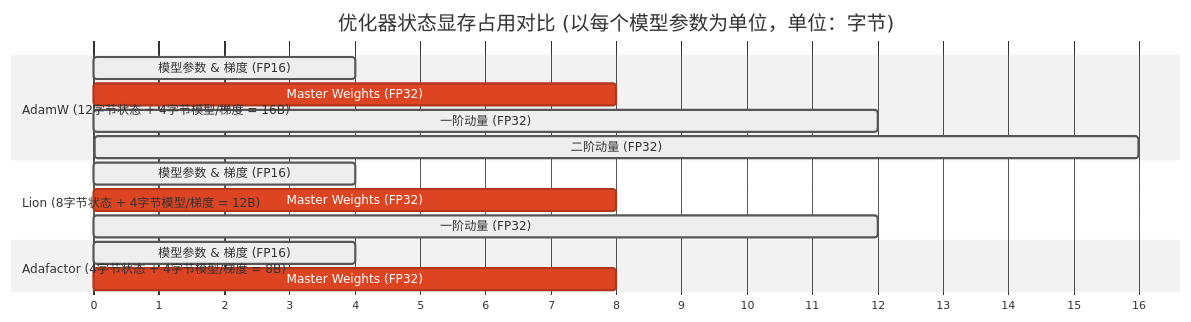
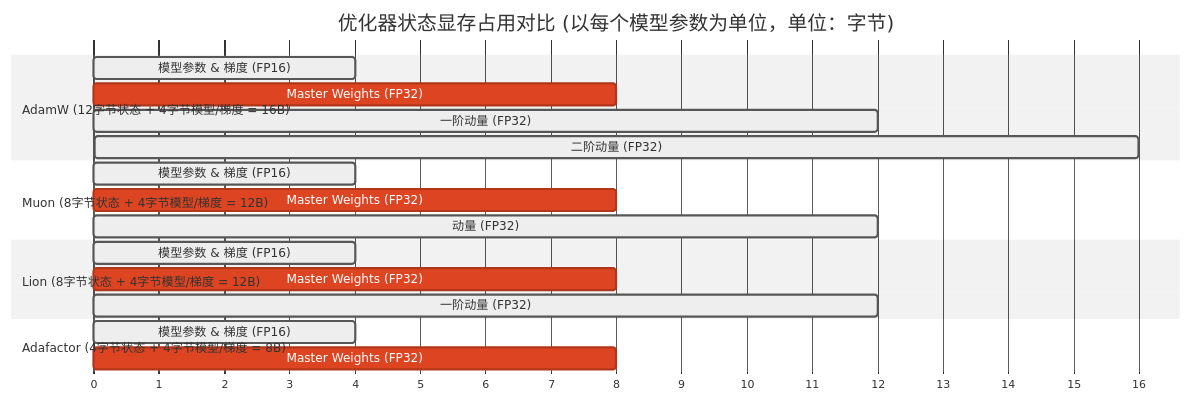
Before and after one commit to TingdeLiu/tingdeliu.github.io: diagram 15 of 28 in _posts/research/2026-02-06-LLM-Training-Survey.md, drawn with Mermaid (neutral theme). The commit also changed other lines of this file and 2 other files, not shown here.

````diff
--- a/_posts/research/2026-02-06-LLM-Training-Survey.md
+++ b/_posts/research/2026-02-06-LLM-Training-Survey.md
@@ -2603,21 +2712,26 @@
 ```mermaid
 gantt
     title 优化器状态显存占用对比 (以每个模型参数为单位，单位：字节)
     dateFormat  X
     axisFormat %s
     
     section AdamW (12字节状态 + 4字节模型/梯度 = 16B)
     模型参数 & 梯度 (FP16) :active, 0, 4
     Master Weights (FP32) :crit, 4, 8
     一阶动量 (FP32) :active, 8, 12
     二阶动量 (FP32) :active, 12, 16
     
+    section Muon (8字节状态 + 4字节模型/梯度 = 12B)
+    模型参数 & 梯度 (FP16) :active, 0, 4
+    Master Weights (FP32) :crit, 4, 8
+    动量 (FP32) :active, 8, 12
+
     section Lion (8字节状态 + 4字节模型/梯度 = 12B)
     模型参数 & 梯度 (FP16) :active, 0, 4
     Master Weights (FP32) :crit, 4, 8
     一阶动量 (FP32) :active, 8, 12
     
     section Adafactor (4字节状态 + 4字节模型/梯度 = 8B)
     模型参数 & 梯度 (FP16) :active, 0, 4
     Master Weights (FP32) :crit, 4, 8
 ```
````
